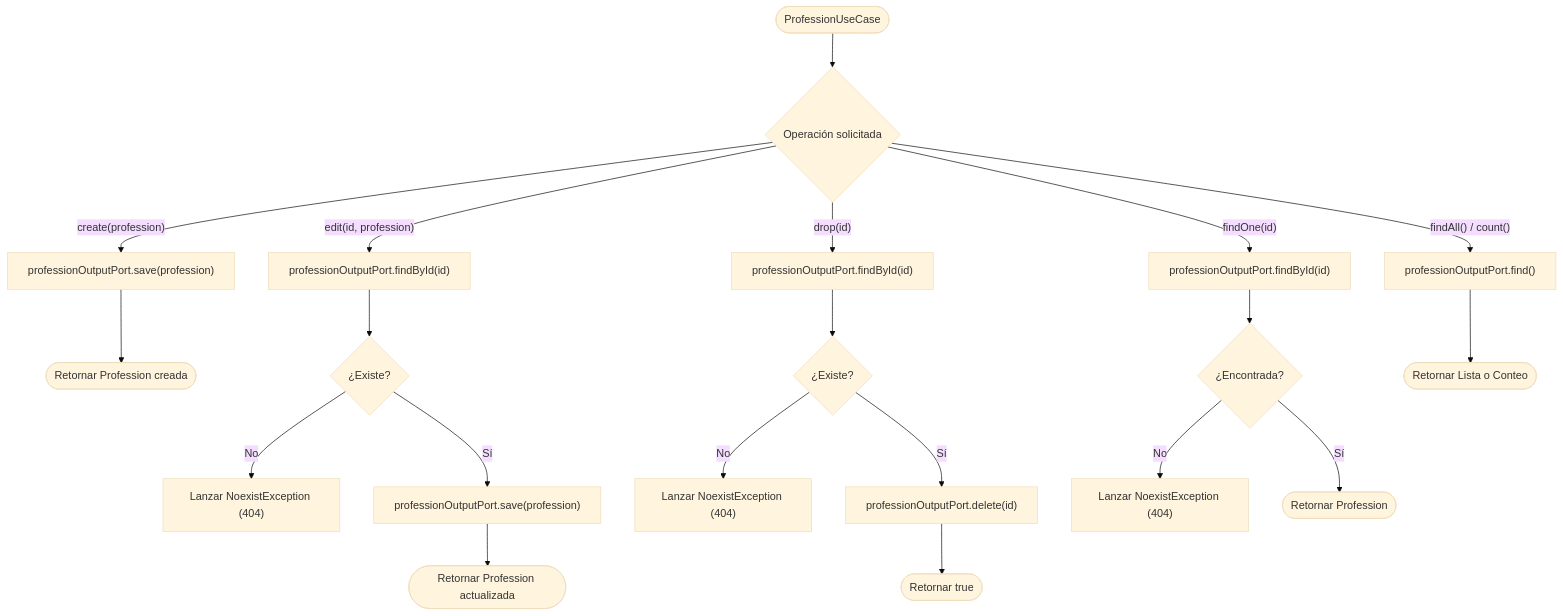
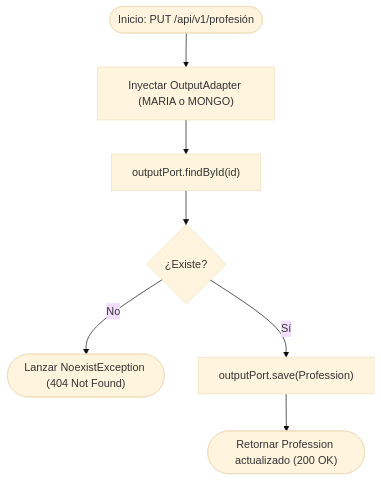
One commit to Nicolas11Leon/taller-java changed diagram 13 of 30 in docs/DIAGRAMAS_DE_FLUJO_CASOS_DE_USO.md. Above: the diagram before and after it, drawn with Mermaid (base theme). The commit also changed other lines of this file, not shown here.

Commit message:
docs: generar los 30 diagramas de flujo individuales por cada caso de uso

````diff
--- a/docs/DIAGRAMAS_DE_FLUJO_CASOS_DE_USO.md
+++ b/docs/DIAGRAMAS_DE_FLUJO_CASOS_DE_USO.md
@@ -69,27 +134,9 @@
 ```mermaid
 flowchart TD
-    Start(["ProfessionUseCase"]) --> Op{"Operación solicitada"}
-
-    Op -- "create(profession)" --> C1["professionOutputPort.save(profession)"]
-    C1 --> C2(["Retornar Profession creada"])
-
-    Op -- "edit(id, profession)" --> E1["professionOutputPort.findById(id)"]
-    E1 --> E2{"¿Existe?"}
-    E2 -- "No" --> E3["Lanzar NoexistException (404)"]
-    E2 -- "Sí" --> E4["professionOutputPort.save(profession)"]
-    E4 --> E5(["Retornar Profession actualizada"])
-
-    Op -- "drop(id)" --> D1["professionOutputPort.findById(id)"]
-    D1 --> D2{"¿Existe?"}
-    D2 -- "No" --> D3["Lanzar NoexistException (404)"]
-    D2 -- "Sí" --> D4["professionOutputPort.delete(id)"]
-    D4 --> D5(["Retornar true"])
-
-    Op -- "findOne(id)" --> F1["professionOutputPort.findById(id)"]
-    F1 --> F2{"¿Encontrada?"}
-    F2 -- "No" --> F3["Lanzar NoexistException (404)"]
-    F2 -- "Sí" --> F4(["Retornar Profession"])
-
-    Op -- "findAll() / count()" --> FA1["professionOutputPort.find()"]
-    FA1 --> FA2(["Retornar Lista o Conteo"])
+    A(["Inicio: PUT /api/v1/profesión"]) --> B["Inyectar OutputAdapter (MARIA o MONGO)"]
+    B --> C["outputPort.findById(id)"]
+    C --> D{"¿Existe?"}
+    D -- "No" --> E(["Lanzar NoexistException (404 Not Found)"])
+    D -- "Sí" --> F["outputPort.save(Profession)"]
+    F --> G(["Retornar Profession actualizado (200 OK)"])
 ```
````
